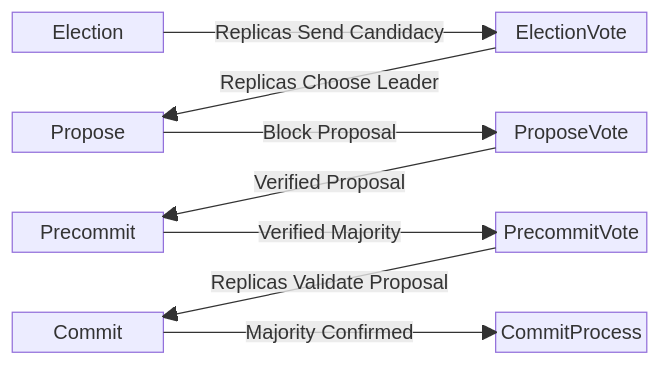
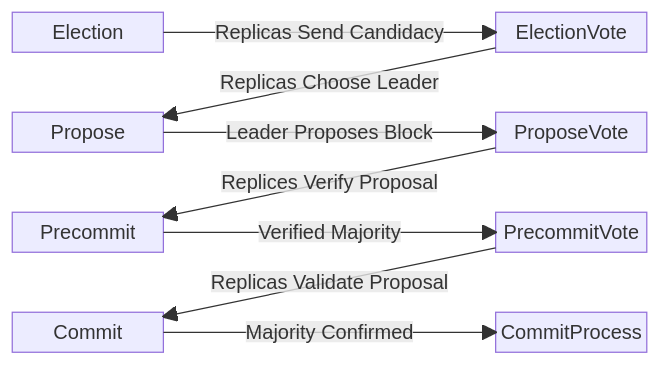
Before and after one commit to canopy-network/canopy: the diagram in bft/bft.md, drawn with Mermaid. The commit also changed other lines of this file, not shown here.

````diff
--- a/bft/bft.md
+++ b/bft/bft.md
@@ -150,32 +141,32 @@
 ```mermaid
 block-beta
     columns 4
 
     E["Election"]
     space
     space
     EV["ElectionVote"]
     space:4
     P["Propose"]
     space
     space
     PV["ProposeVote"]
     space:4
     PC["Precommit"]
     space
     space
     PCV["PrecommitVote"]
     space:4
     C["Commit"]
     space
     space
     CP["CommitProcess"]
 
     E--"Replicas Send Candidacy"-->EV
     EV--"Replicas Choose Leader"-->P
-    P--"Block Proposal"-->PV
-    PV--"Verified Proposal"-->PC
+    P--"Leader Proposes Block"-->PV
+    PV--"Replices Verify Proposal"-->PC
     PC--"Verified Majority"-->PCV
     PCV--"Replicas Validate Proposal"-->C
     C--"Majority Confirmed"-->CP
 ```
````
